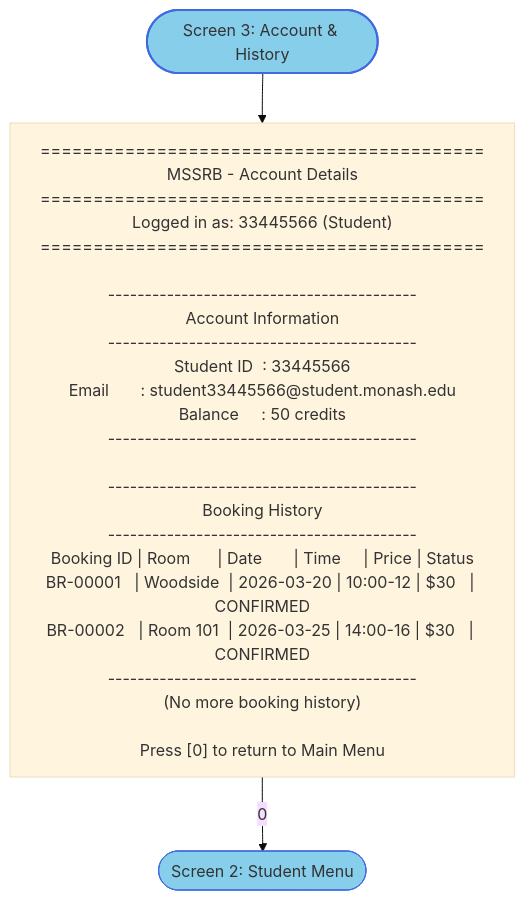
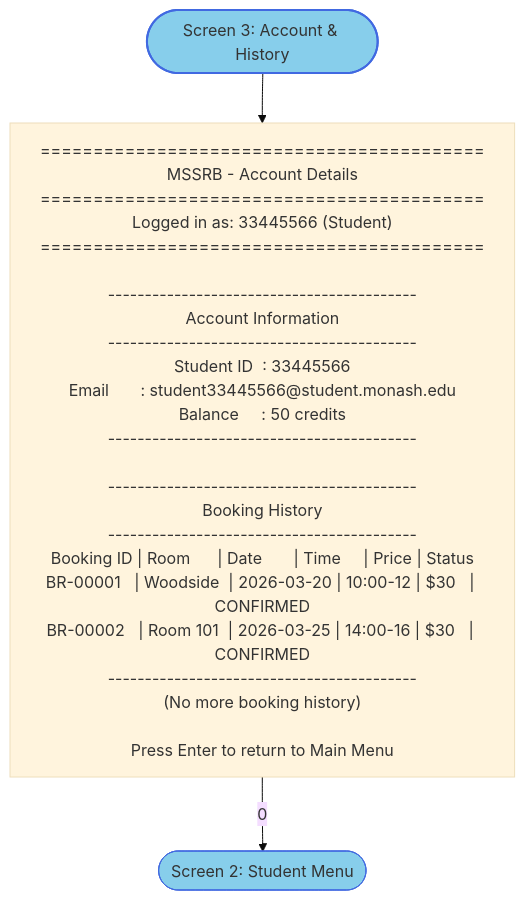
The diagram in mermaid/member_a/03_account_history.flowchart.mmd (alii0110-monash/fit5136-study-room-booking), drawn with Mermaid (base theme) before and after one commit. The commit also changed 6 other files, not shown here.

First line of the commit message:
Change return navigation from Press [0] to Press Enter

```diff
--- a/mermaid/member_a/03_account_history.flowchart.mmd
+++ b/mermaid/member_a/03_account_history.flowchart.mmd
@@ -1,37 +1,37 @@
 flowchart TB
     ACCOUNT(["Screen 3: Account & History"])
 
     A1["
 ==========================================
 MSSRB - Account Details
 ==========================================
 Logged in as: 33445566 (Student)
 ==========================================
 
 ------------------------------------------
 Account Information
 ------------------------------------------
 Student ID  : 33445566
 Email       : student33445566@student.monash.edu
 Balance     : 50 credits
 ------------------------------------------
 
 ------------------------------------------
 Booking History
 ------------------------------------------
 Booking ID | Room      | Date       | Time     | Price | Status
 BR-00001   | Woodside  | 2026-03-20 | 10:00-12 | $30   | CONFIRMED
 BR-00002   | Room 101  | 2026-03-25 | 14:00-16 | $30   | CONFIRMED
 ------------------------------------------
 (No more booking history)
 
-Press [0] to return to Main Menu
+Press Enter to return to Main Menu
     "]
 
     STUDENT_MENU(["Screen 2: Student Menu"])
 
     ACCOUNT --> A1
     A1 -->|"0"| STUDENT_MENU
 
     style ACCOUNT fill:#87CEEB,stroke:#4169E1,stroke-width:2px
     style STUDENT_MENU fill:#87CEEB,stroke:#4169E1
```
